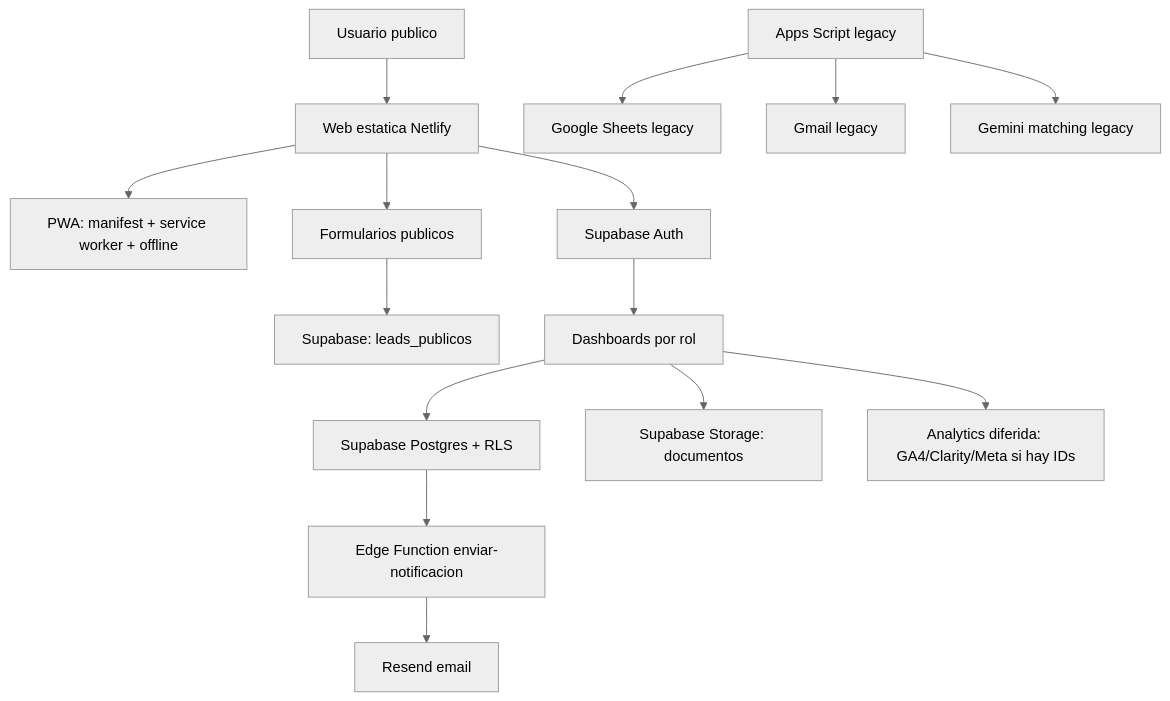
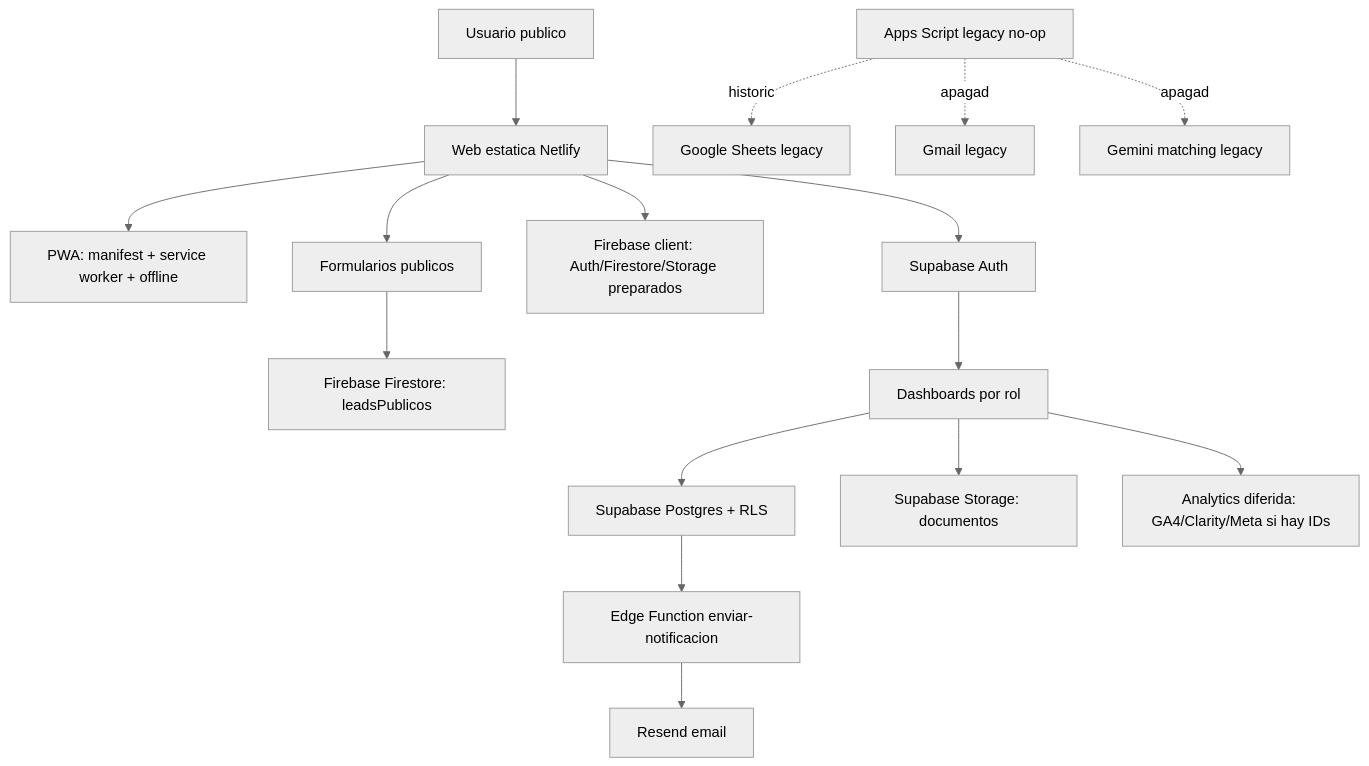
The diagram in ARCHITECTURE.md (ClasesDe10/clasesde10), drawn with Mermaid (neutral theme) before and after one commit. The commit also changed other lines of this file and 12 other files, not shown here.

Commit message:
feat: migrar formularios publicos a firestore

````diff
--- a/ARCHITECTURE.md
+++ b/ARCHITECTURE.md
@@ -13,18 +20,19 @@
 ```mermaid
 flowchart TD
   U["Usuario publico"] --> W["Web estatica Netlify"]
   W --> PWA["PWA: manifest + service worker + offline"]
   W --> L["Formularios publicos"]
-  L --> LP["Supabase: leads_publicos"]
+  L --> LP["Firebase Firestore: leadsPublicos"]
+  W --> FBF["Firebase client: Auth/Firestore/Storage preparados"]
   W --> A["Supabase Auth"]
   A --> D["Dashboards por rol"]
   D --> DB["Supabase Postgres + RLS"]
   D --> ST["Supabase Storage: documentos"]
   DB --> EF["Edge Function enviar-notificacion"]
   EF --> R["Resend email"]
   D --> AN["Analytics diferida: GA4/Clarity/Meta si hay IDs"]
 
-  GAS["Apps Script legacy"] --> GS["Google Sheets legacy"]
-  GAS --> GM["Gmail legacy"]
-  GAS --> GE["Gemini matching legacy"]
+  GAS["Apps Script legacy no-op"] -.historico.-> GS["Google Sheets legacy"]
+  GAS -.apagado.-> GM["Gmail legacy"]
+  GAS -.apagado.-> GE["Gemini matching legacy"]
 ```
````
